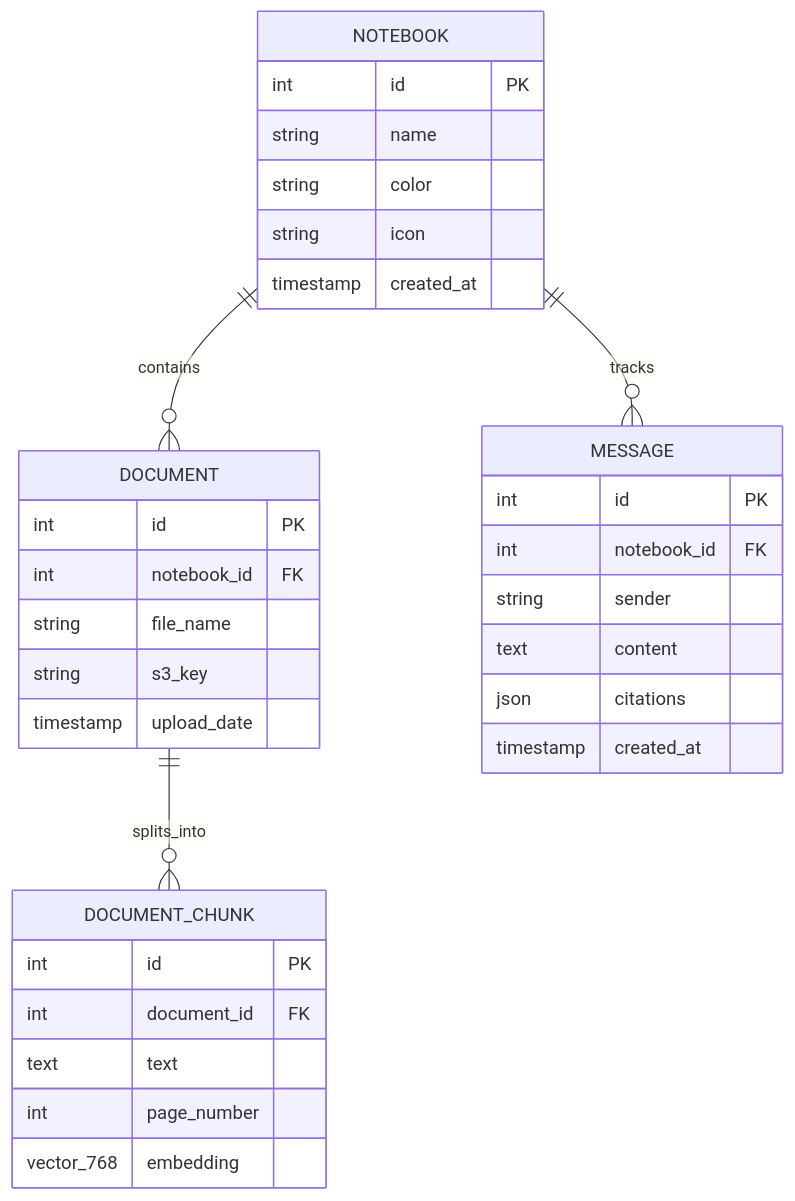
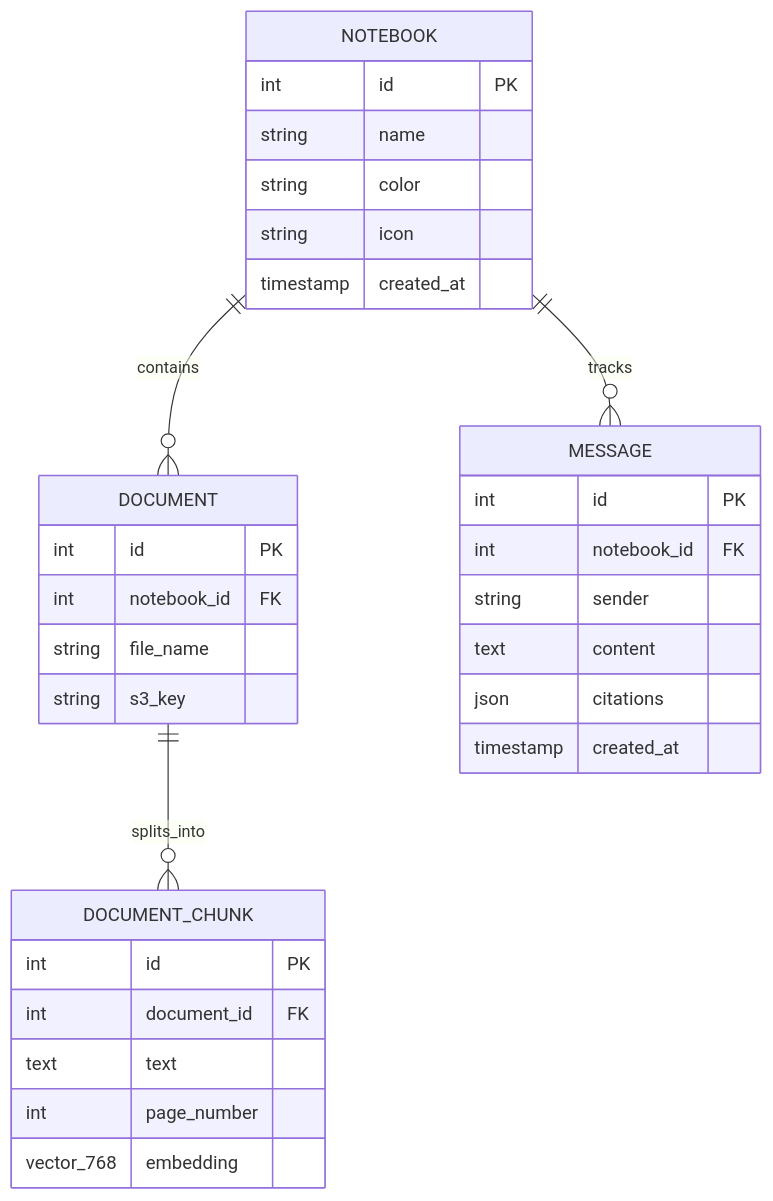
One commit to reganvannguyen/SourceLearn changed the second of 2 diagrams in docs/architecture.md. Above: the diagram before and after it, drawn with Mermaid. The commit also changed other lines of this file and 1 other file, not shown here.

Commit message:
fix(notebooks): explicit rollback on S3 failure and align document schema docs

````diff
--- a/docs/architecture.md
+++ b/docs/architecture.md
@@ -69,39 +69,38 @@
 ```mermaid
 erDiagram
     NOTEBOOK ||--o{ DOCUMENT : contains
     NOTEBOOK ||--o{ MESSAGE : tracks
     DOCUMENT ||--o{ DOCUMENT_CHUNK : splits_into
 
     NOTEBOOK {
         int id PK
         string name
         string color
         string icon
         timestamp created_at
     }
 
     DOCUMENT {
         int id PK
         int notebook_id FK
         string file_name
         string s3_key
-        timestamp upload_date
     }
 
     DOCUMENT_CHUNK {
         int id PK
         int document_id FK
         text text
         int page_number
         vector_768 embedding
     }
 
     MESSAGE {
         int id PK
         int notebook_id FK
         string sender
         text content
         json citations
         timestamp created_at
     }
 ```
````
